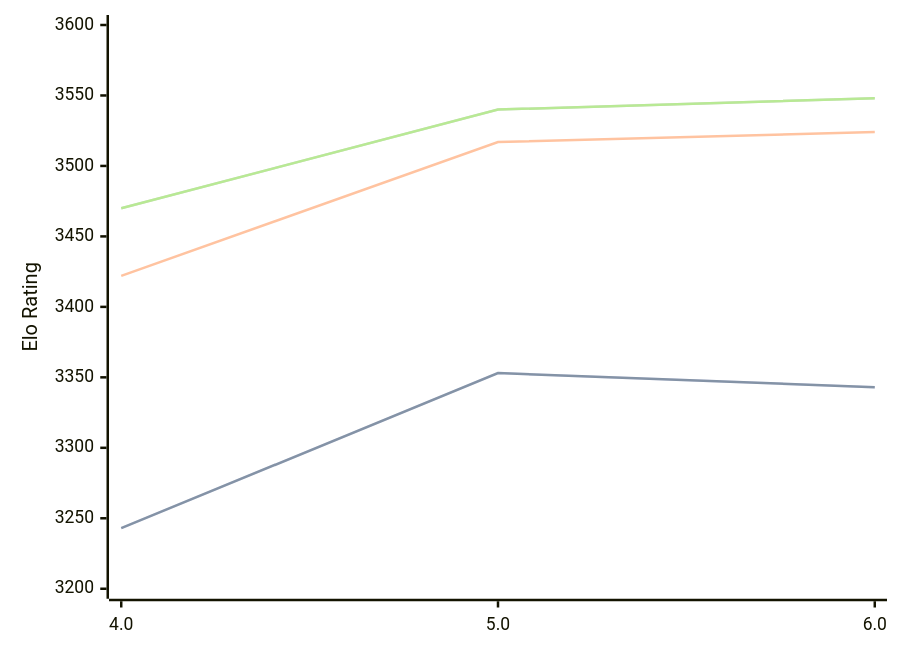
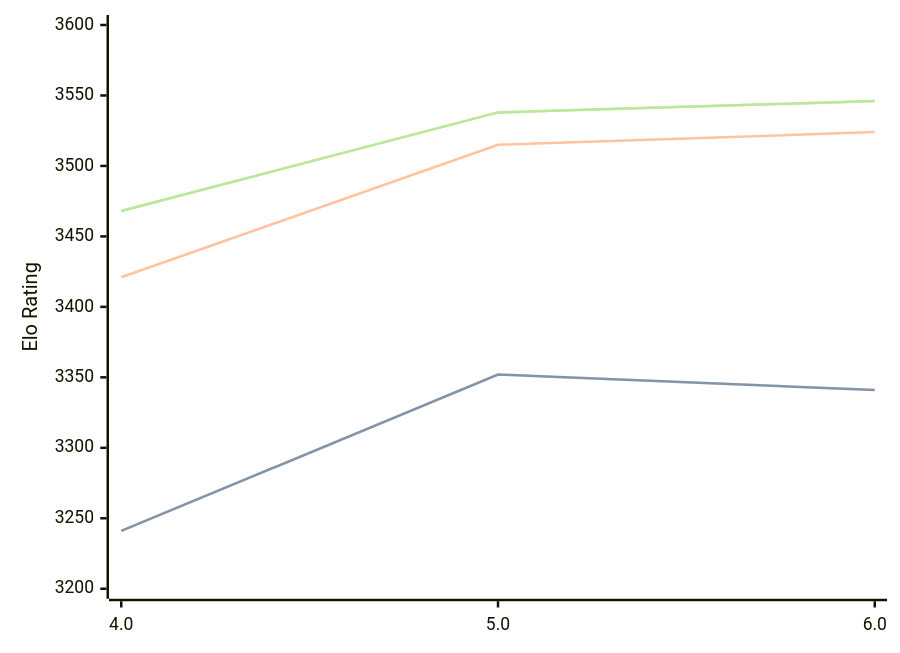
One commit to computer-chess-index/cci changed the diagram in engines/Tarnished.md. Above: the diagram before and after it, drawn with Mermaid. The commit also changed other lines of this file, not shown here.

Commit message:
Update CCI Ratings (ELO VLTC) - 2026-08-04

````diff
--- a/engines/Tarnished.md
+++ b/engines/Tarnished.md
@@ -37,11 +37,11 @@
 ```mermaid
 %%{init: {"theme":"base","themeVariables":{"seriesColors:['#a3a3a3','#222221','#faa371']}}}%%
 xychart-beta
   x-axis ["4.0", "5.0", "6.0"]
   y-axis "Elo Rating" 3200 --> 3600
-  line "STC (8.0+0.08s)" [3243, 3353, 3343]
-  line "STC (8.0+0.08s)" [3243, 3353, 3343]
-  line "LTC (60.0+0.60s)" [3422, 3517, 3524]
-  line "VLTC (2m24s+1.12s)" [3470, 3540, 3548]
-  line "VLTC (2m24s+1.12s)" [3470, 3540, 3548]
+  line "STC (8.0+0.08s)" [3241, 3352, 3341]
+  line "STC (8.0+0.08s)" [3241, 3352, 3341]
+  line "LTC (60.0+0.60s)" [3421, 3515, 3524]
+  line "VLTC (2m24s+1.12s)" [3468, 3538, 3546]
+  line "VLTC (2m24s+1.12s)" [3468, 3538, 3546]
 ```
````
